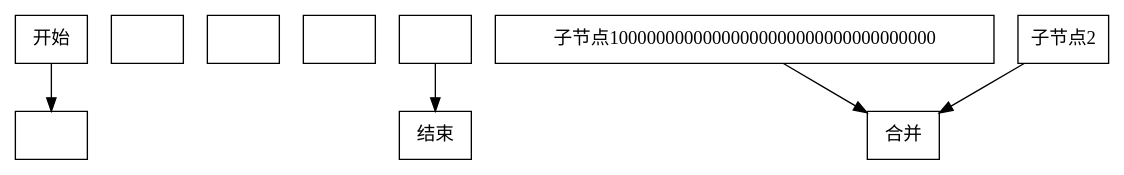
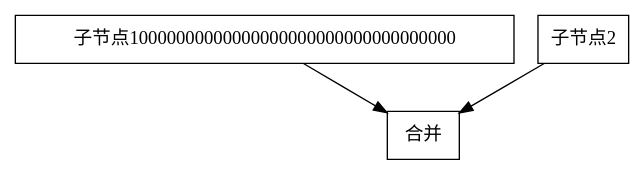
One commit to wangbyby/c_preprocessor changed the diagram in mermaid_ascii/a.dot. Above: the diagram before and after it, drawn with Graphviz. The commit also changed 6 other files, not shown here.

```diff
--- a/mermaid_ascii/a.dot
+++ b/mermaid_ascii/a.dot
@@ -1,18 +1,7 @@
 digraph G {
-Start [label=开始, shape=box];
-Process [label=处理, shape=oval];
-Start -> Process;
-Process [label="", shape=box];
-Decision [label="", shape=box];
-Decision [label="", shape=box];
-Action1 [label="", shape=box];
-Action2 [label="", shape=box];
-Next [label="", shape=box];
-Final [label=结束, shape=box];
-Next -> Final;
 Sub1 [label=子节点10000000000000000000000000000000000, shape=box];
 Sub2 [label=子节点2, shape=box];
 Merge [label=合并, shape=box];
 Sub1 -> Merge;
 Sub2 -> Merge;
 }
```
